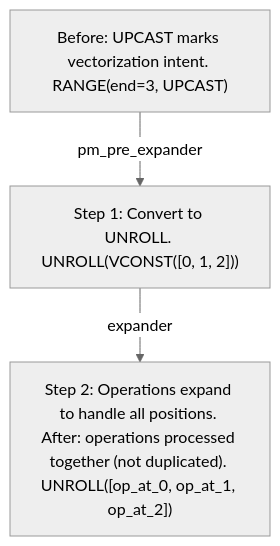
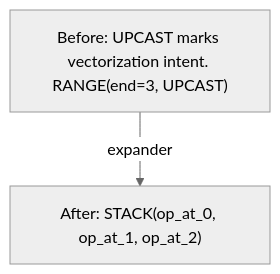
The second of 4 diagrams in website/docs/architecture/codegen/expander.md (mexus/morok), drawn with Mermaid (neutral theme) before and after one commit. The commit also changed other lines of this file and 22 other files, not shown here.

Commit message:
[*] docs: describe graph-native compiler and AMD queues

````diff
--- a/website/docs/architecture/codegen/expander.md
+++ b/website/docs/architecture/codegen/expander.md
@@ -96,6 +83,5 @@
 ```mermaid
 flowchart TD
   A["Before: UPCAST marks vectorization intent. RANGE(end=3, UPCAST)"]
-  A -->|"pm_pre_expander"| B["Step 1: Convert to UNROLL. UNROLL(VCONST([0, 1, 2]))"]
-  B -->|"expander"| C["Step 2: Operations expand to handle all positions. After: operations processed together (not duplicated). UNROLL([op_at_0, op_at_1, op_at_2])"]
+  A -->|"expander"| B["After: STACK(op_at_0, op_at_1, op_at_2)"]
 ```
````
